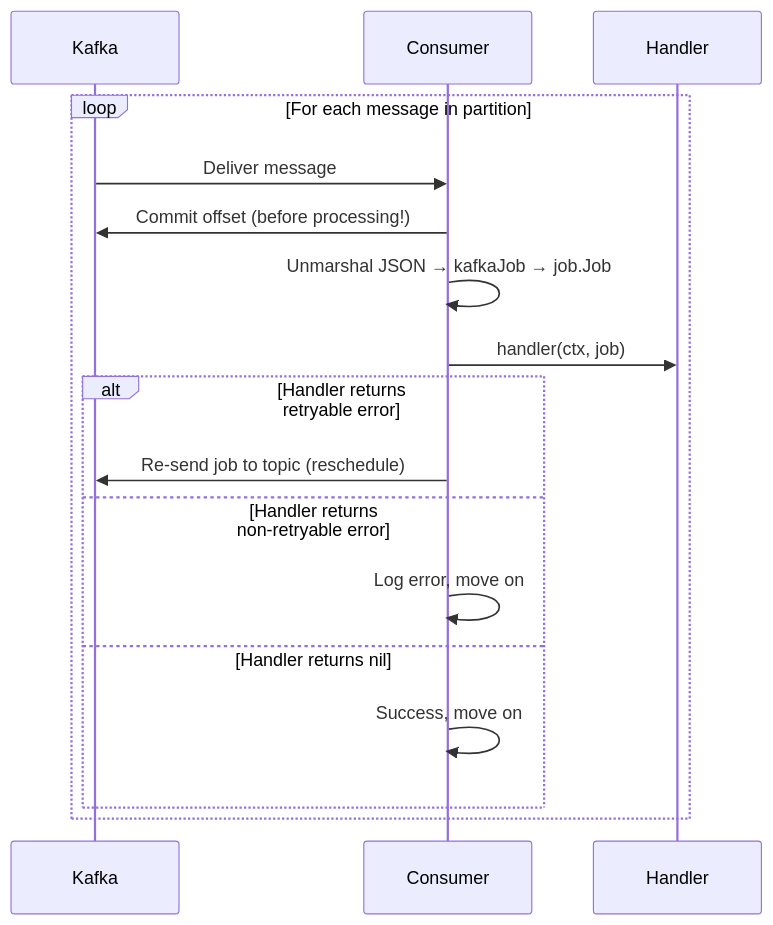
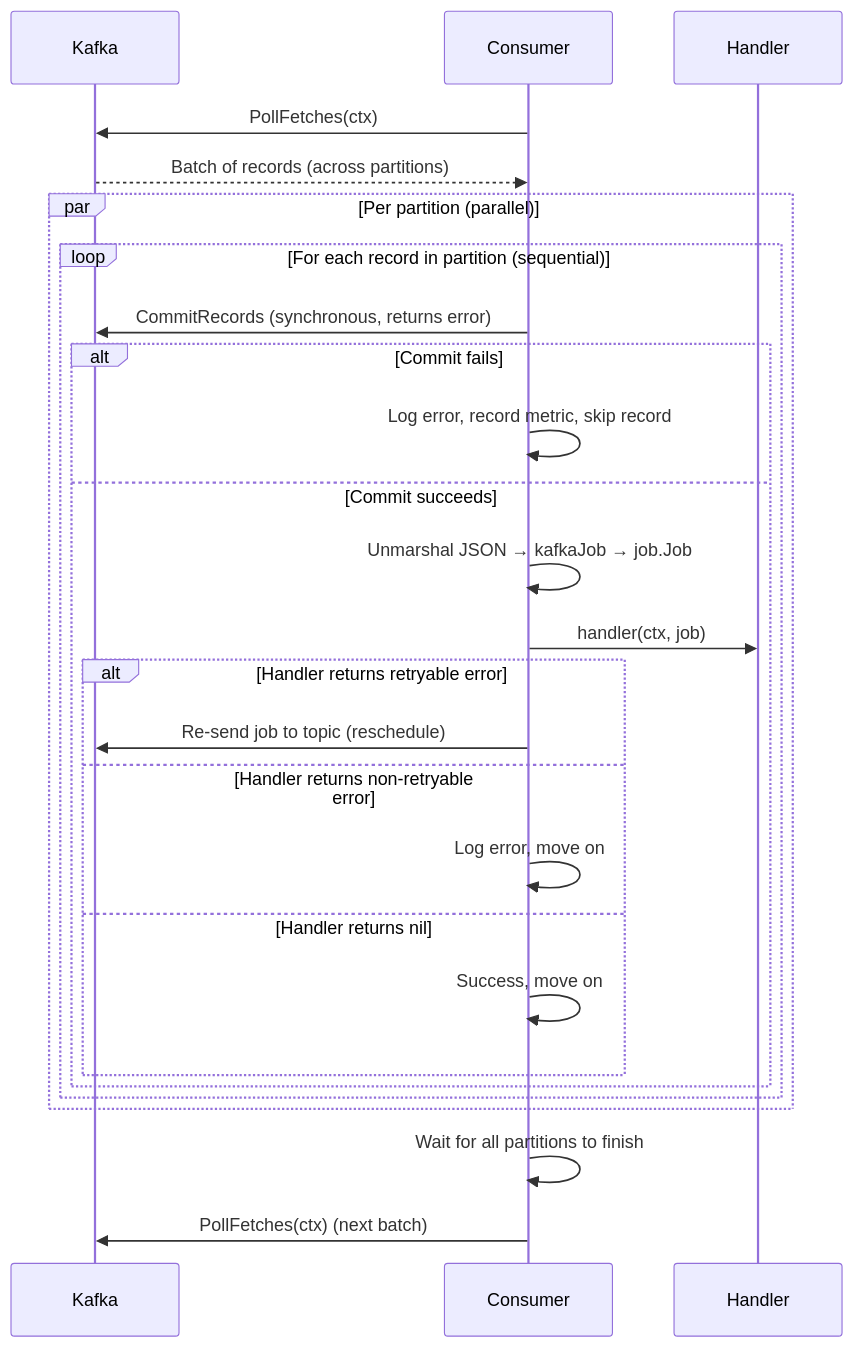
One commit to matmazurk/oidc-keepie changed the second of 11 diagrams in kafka/README.md. Above: the diagram before and after it, drawn with Mermaid. The commit also changed other lines of this file, not shown here.

Commit message:
update kafka readme

````diff
--- a/kafka/README.md
+++ b/kafka/README.md
@@ -38,20 +41,31 @@
 ```mermaid
 sequenceDiagram
     participant Kafka
     participant Consumer
     participant Handler
 
-    loop For each message in partition
-        Kafka->>Consumer: Deliver message
-        Consumer->>Kafka: Commit offset (before processing!)
-        Consumer->>Consumer: Unmarshal JSON → kafkaJob → job.Job
-        Consumer->>Handler: handler(ctx, job)
-        alt Handler returns retryable error
-            Consumer->>Kafka: Re-send job to topic (reschedule)
-        else Handler returns non-retryable error
-            Consumer->>Consumer: Log error, move on
-        else Handler returns nil
-            Consumer->>Consumer: Success, move on
+    Consumer->>Kafka: PollFetches(ctx)
+    Kafka-->>Consumer: Batch of records (across partitions)
+
+    par Per partition (parallel)
+        loop For each record in partition (sequential)
+            Consumer->>Kafka: CommitRecords (synchronous, returns error)
+            alt Commit fails
+                Consumer->>Consumer: Log error, record metric, skip record
+            else Commit succeeds
+                Consumer->>Consumer: Unmarshal JSON → kafkaJob → job.Job
+                Consumer->>Handler: handler(ctx, job)
+                alt Handler returns retryable error
+                    Consumer->>Kafka: Re-send job to topic (reschedule)
+                else Handler returns non-retryable error
+                    Consumer->>Consumer: Log error, move on
+                else Handler returns nil
+                    Consumer->>Consumer: Success, move on
+                end
+            end
         end
     end
+
+    Consumer->>Consumer: Wait for all partitions to finish
+    Consumer->>Kafka: PollFetches(ctx) (next batch)
 ```
````
